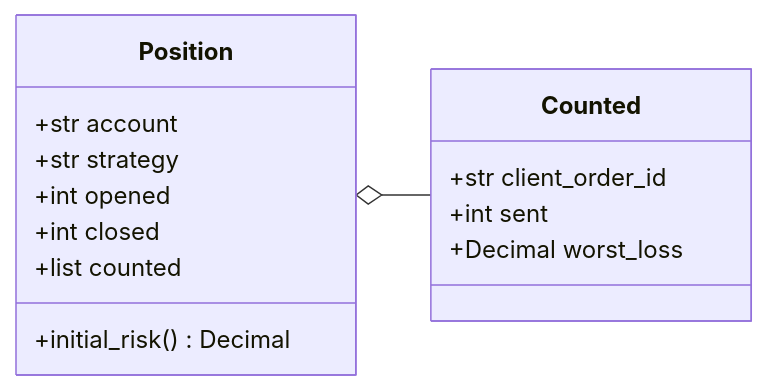
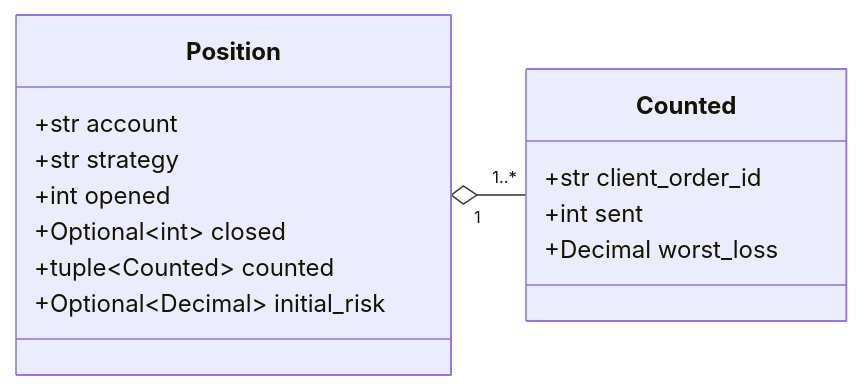
The tenth of 12 diagrams in docs/architecture/05-building-blocks.md (l3a0/ithildin-runtime), drawn with Mermaid before and after one commit. The commit also changed other lines of this file and 3 other files, not shown here.

First line of the commit message:
fix(journal): halt the initial-risk read where the book halts, from round 1 of PR #231's review

````diff
--- a/docs/architecture/05-building-blocks.md
+++ b/docs/architecture/05-building-blocks.md
@@ -1885,19 +1889,19 @@
 ```mermaid
 classDiagram
     direction LR
 
     class Position {
         +str account
         +str strategy
         +int opened
-        +int closed
-        +list counted
-        +initial_risk() Decimal
+        +Optional~int~ closed
+        +tuple~Counted~ counted
+        +Optional~Decimal~ initial_risk
     }
     class Counted {
         +str client_order_id
         +int sent
         +Decimal worst_loss
     }
-    Position o-- Counted
+    Position "1" o-- "1..*" Counted
 ```
````
